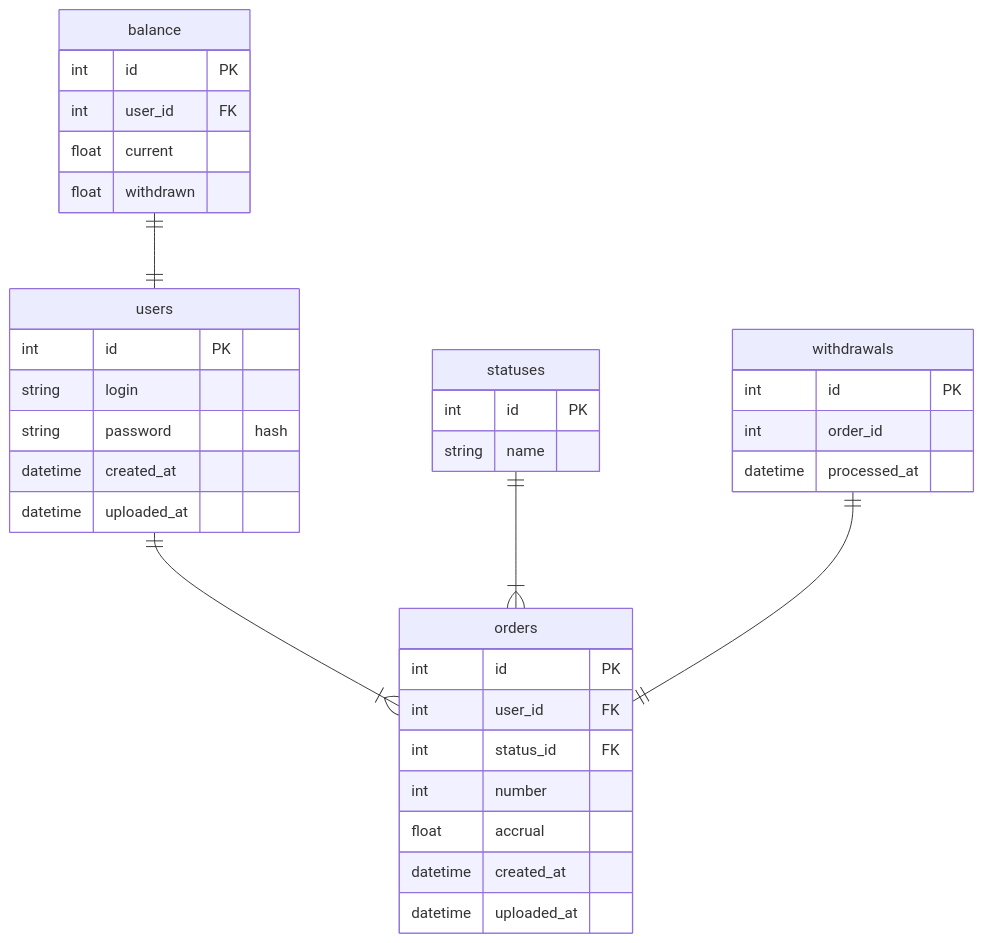
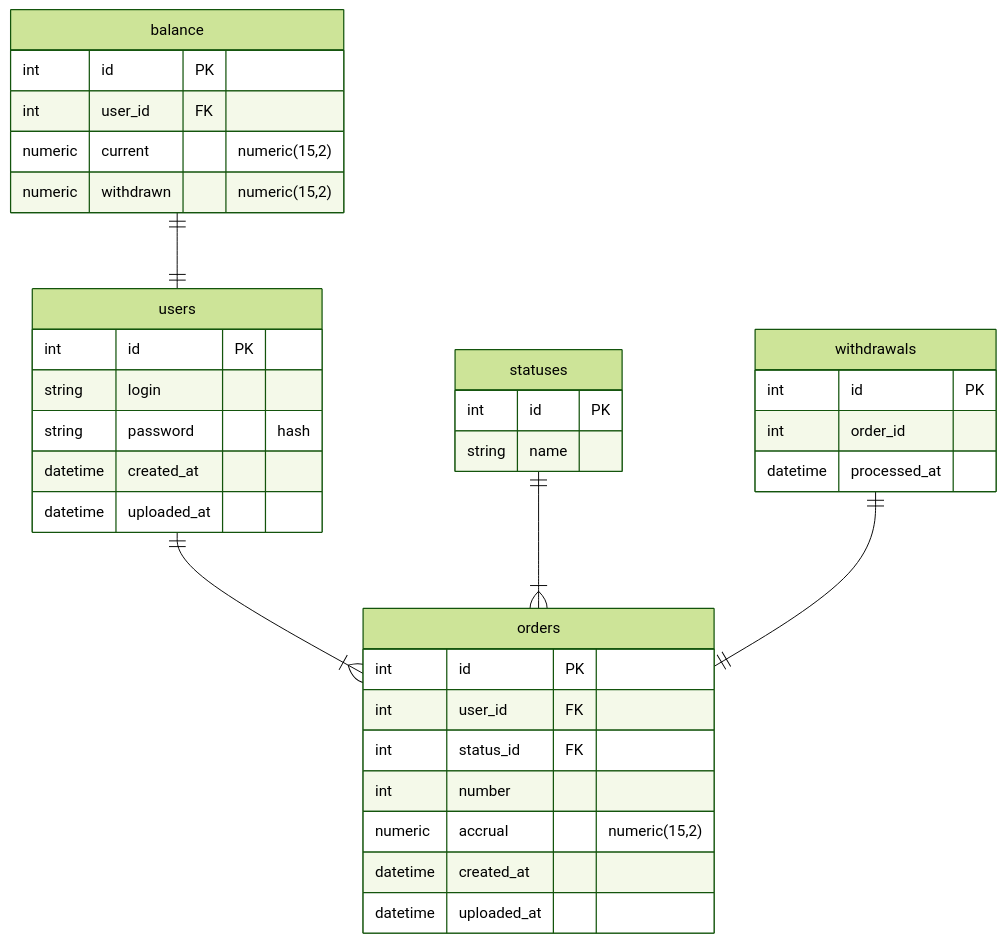
One commit to xboxser/gofermart changed the second of 2 diagrams in doc/readme.md. Above: the diagram before and after it, drawn with Mermaid.

Commit message:
исправление структуры БД

````diff
--- a/doc/readme.md
+++ b/doc/readme.md
@@ -49,44 +49,44 @@
 ```mermaid
 ---
 config:
-theme: forest
+  theme: forest
 ---
 erDiagram
-direction TB
-users {
-int id PK ""  
-string login  ""  
-string password  "hash"  
-datetime created_at  ""  
-datetime uploaded_at  ""  
-}
-statuses {
-int id PK ""  
-string name  ""  
-}
-withdrawals {
-int id PK ""  
-int order_id  ""  
-datetime processed_at  ""  
-}
-orders {
-int id PK ""  
-int user_id FK ""  
-int status_id FK ""  
-int number  ""  
-float accrual  ""  
-datetime created_at  ""  
-datetime uploaded_at  ""  
-}
-balance {
-int id PK ""  
-int user_id FK ""  
-float current  ""  
-float withdrawn  ""  
-}
+	direction TB
+	users {
+		int id PK ""  
+		string login  ""  
+		string password  "hash"  
+		datetime created_at  ""  
+		datetime uploaded_at  ""  
+	}
+	statuses {
+		int id PK ""  
+		string name  ""  
+	}
+	withdrawals {
+		int id PK ""  
+		int order_id  ""  
+		datetime processed_at  ""  
+	}
+	balance {
+		int id PK ""  
+		int user_id FK ""  
+		numeric current  "numeric(15,2)"  
+		numeric withdrawn  "numeric(15,2)"  
+	}
+	orders {
+		int id PK ""  
+		int user_id FK ""  
+		int status_id FK ""  
+		int number  ""  
+		numeric accrual  "numeric(15,2)"  
+		datetime created_at  ""  
+		datetime uploaded_at  ""  
+	}
 
 	users||--|{orders:"  "
 	statuses||--|{orders:"  "
 	balance||--||users:"  "
 	withdrawals||--||orders:"  "
 ```
````
